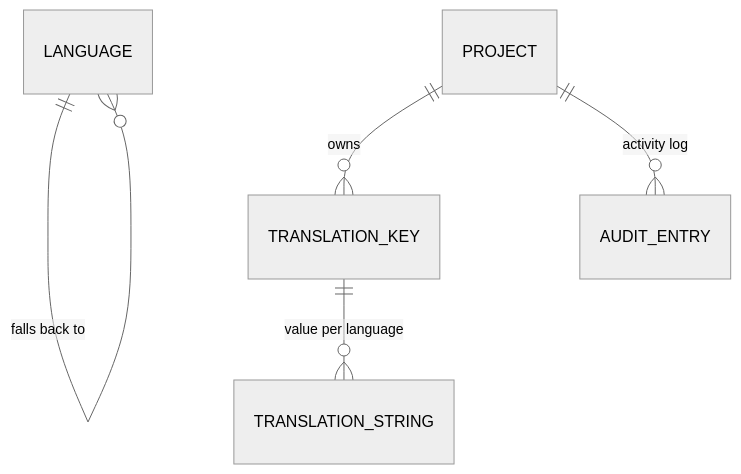
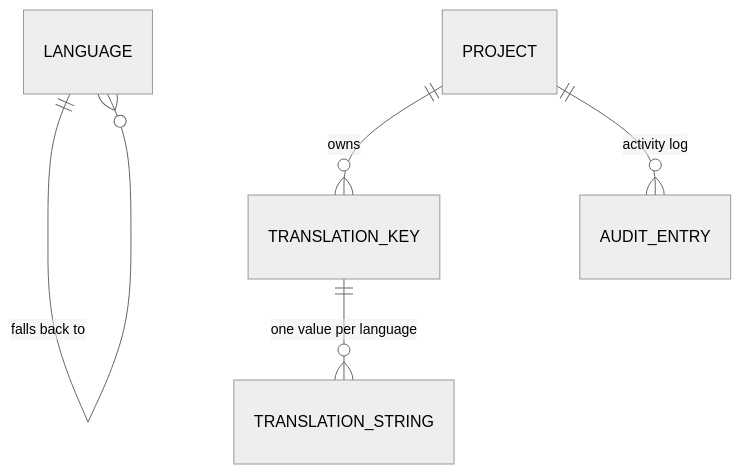
The third of 5 diagrams in docs/architecture.md (mohammedmsadiq/CTMS), drawn with Mermaid (neutral theme) before and after one commit. The commit also changed other lines of this file and 34 other files, not shown here.

````diff
--- a/docs/architecture.md
+++ b/docs/architecture.md
@@ -93,7 +95,7 @@
 ```mermaid
 erDiagram
     LANGUAGE ||--o{ LANGUAGE : "falls back to"
     PROJECT ||--o{ TRANSLATION_KEY : "owns"
-    TRANSLATION_KEY ||--o{ TRANSLATION_STRING : "value per language"
+    TRANSLATION_KEY ||--o{ TRANSLATION_STRING : "one value per language"
     PROJECT ||--o{ AUDIT_ENTRY : "activity log"
 ```
````
